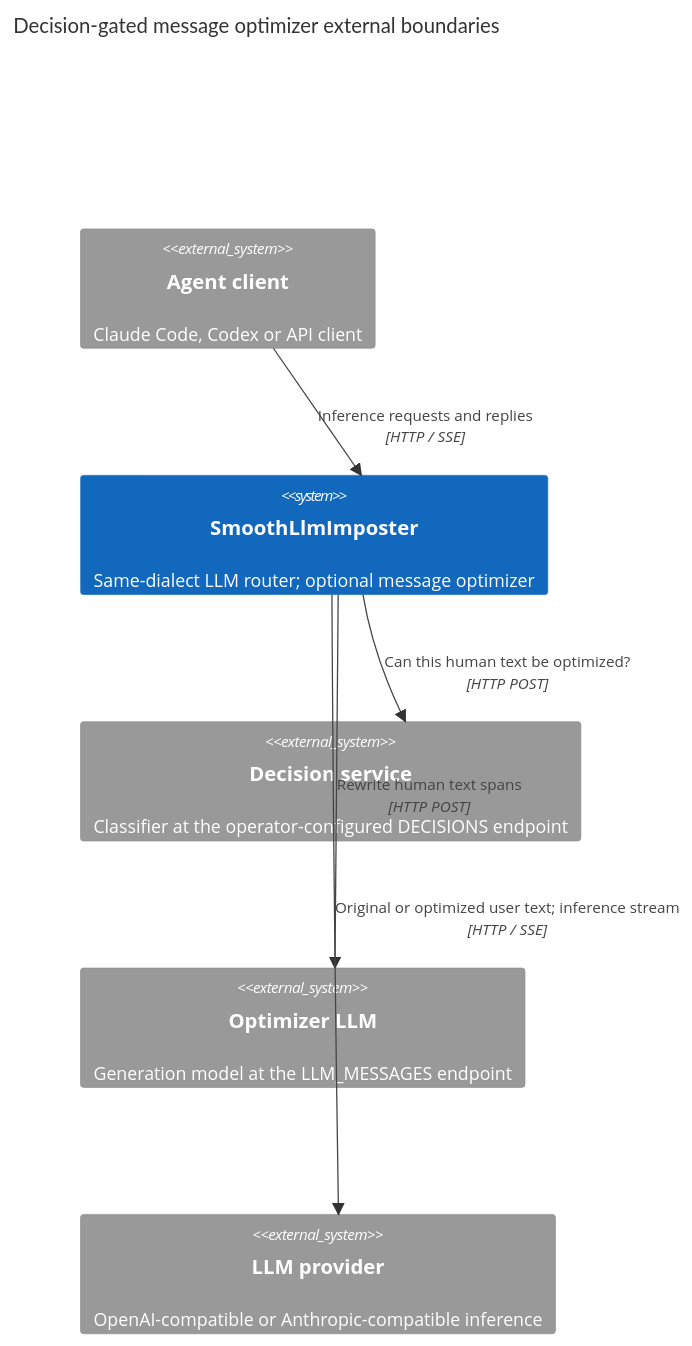
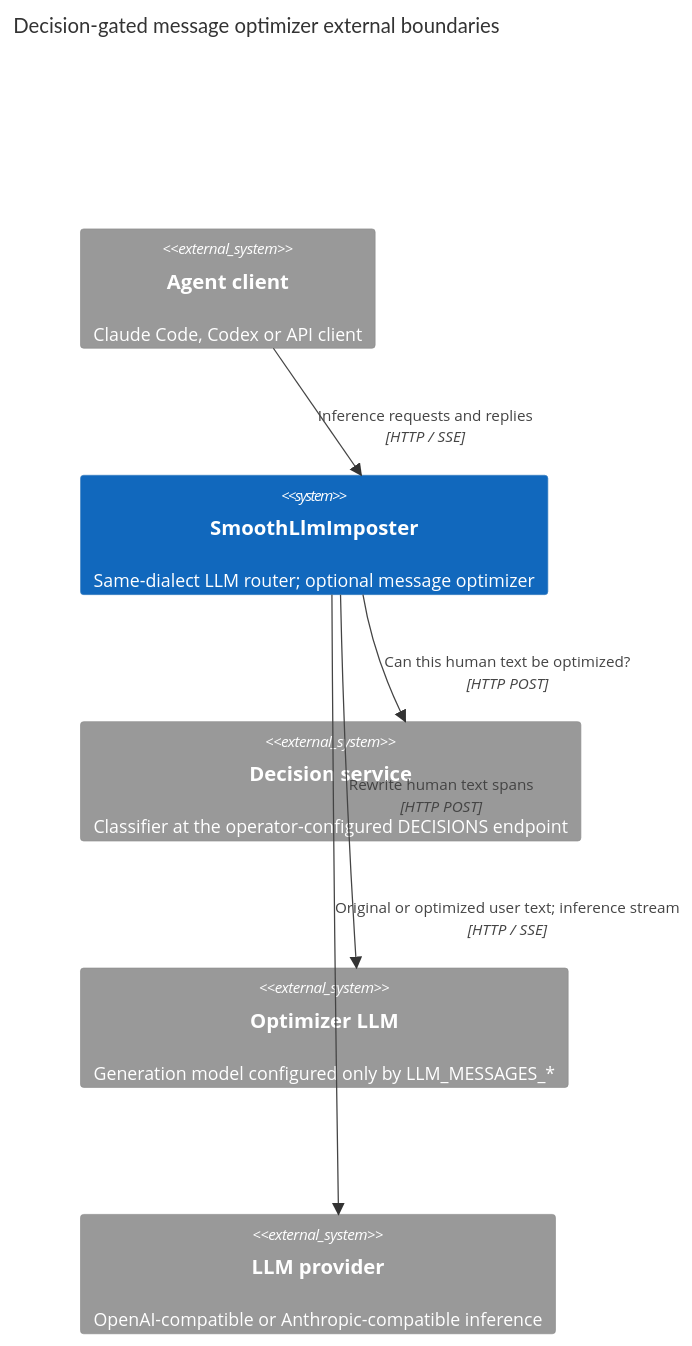
The diagram in .docs/hlds/017-message-optimizer/diagrams/c4-context.md (generic-automation-and-it/smooth-llm-imposter), drawn with Mermaid before and after one commit. The commit also changed 7 other files, not shown here.

````diff
--- a/.docs/hlds/017-message-optimizer/diagrams/c4-context.md
+++ b/.docs/hlds/017-message-optimizer/diagrams/c4-context.md
@@ -5,13 +5,13 @@
 ```mermaid
 C4Context
     title Decision-gated message optimizer external boundaries
     System_Ext(agent, "Agent client", "Claude Code, Codex or API client")
     System(router, "SmoothLlmImposter", "Same-dialect LLM router; optional message optimizer")
     System_Ext(decision, "Decision service", "Classifier at the operator-configured DECISIONS endpoint")
-    System_Ext(optimizer, "Optimizer LLM", "Generation model at the LLM_MESSAGES endpoint")
+    System_Ext(optimizer, "Optimizer LLM", "Generation model configured only by LLM_MESSAGES_*")
     System_Ext(upstream, "LLM provider", "OpenAI-compatible or Anthropic-compatible inference")
     Rel(agent, router, "Inference requests and replies", "HTTP / SSE")
     Rel(router, decision, "Can this human text be optimized?", "HTTP POST")
     Rel(router, optimizer, "Rewrite human text spans", "HTTP POST")
     Rel(router, upstream, "Original or optimized user text; inference stream", "HTTP / SSE")
 ```
````
